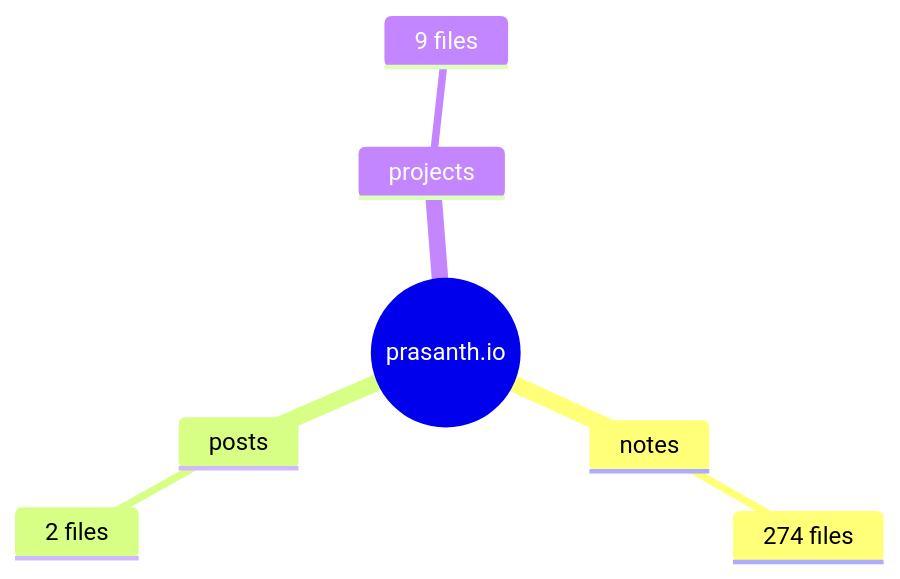
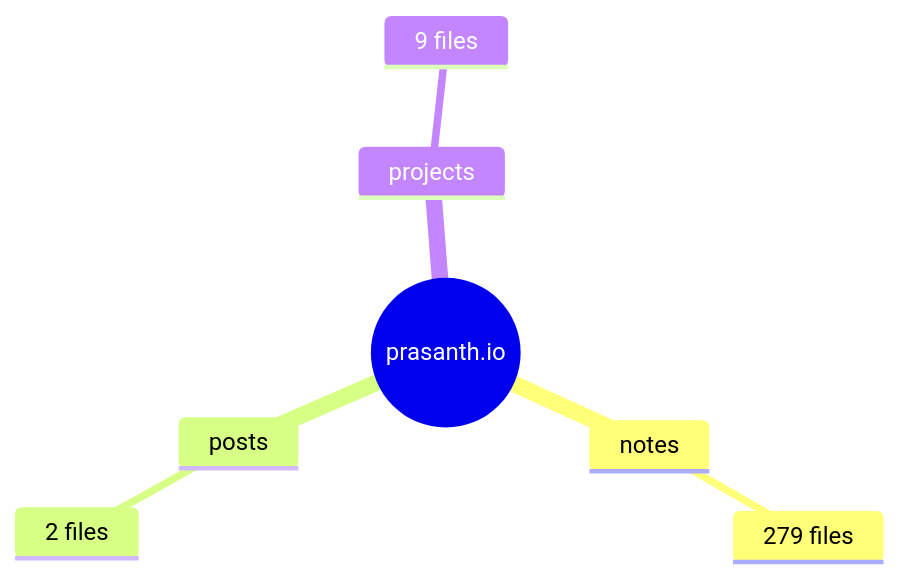
Before and after one commit to prasanth-ntu/prasanth.io: the diagram in content/notes/Page Tree.md, drawn with Mermaid. The commit also changed other lines of this file and 22 other files, not shown here.

````diff
--- a/content/notes/Page Tree.md
+++ b/content/notes/Page Tree.md
@@ -25,10 +25,10 @@
 ```mermaid
 mindmap
   root((prasanth.io))
     notes
-      274 files
+      279 files
     posts
       2 files
     projects
       9 files
 ```
````
